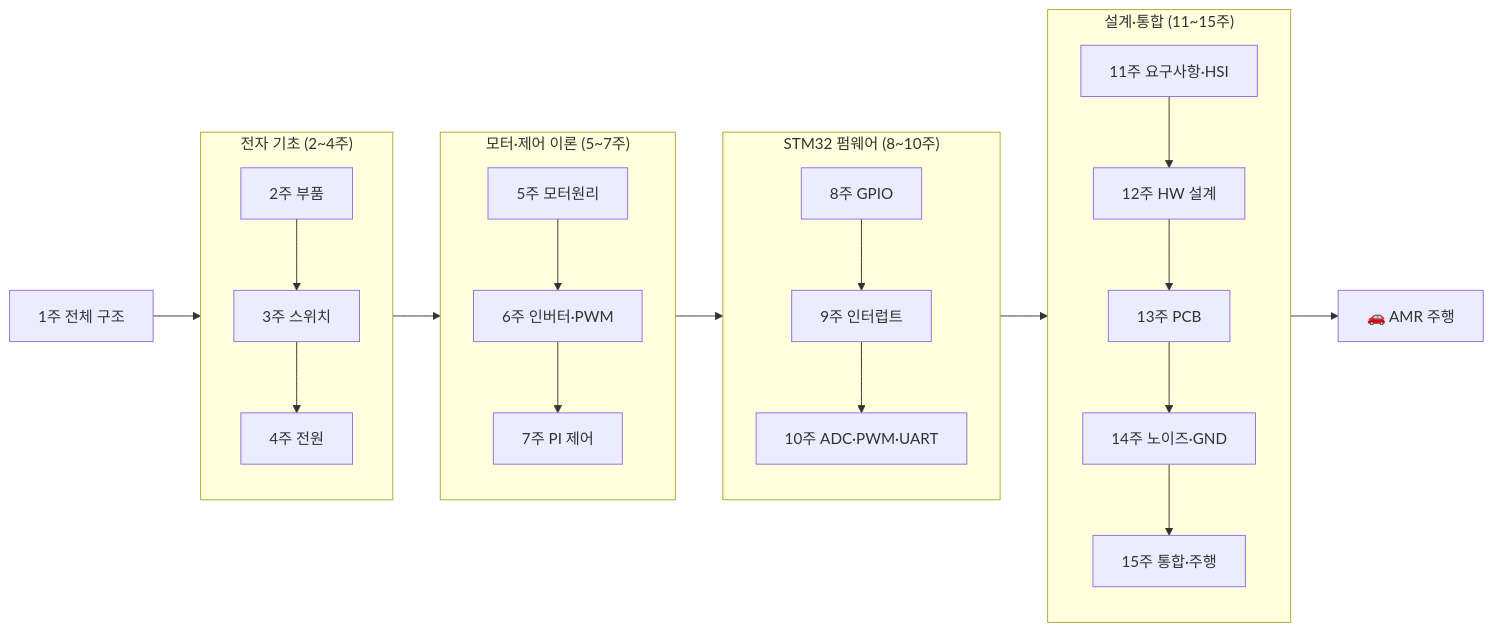
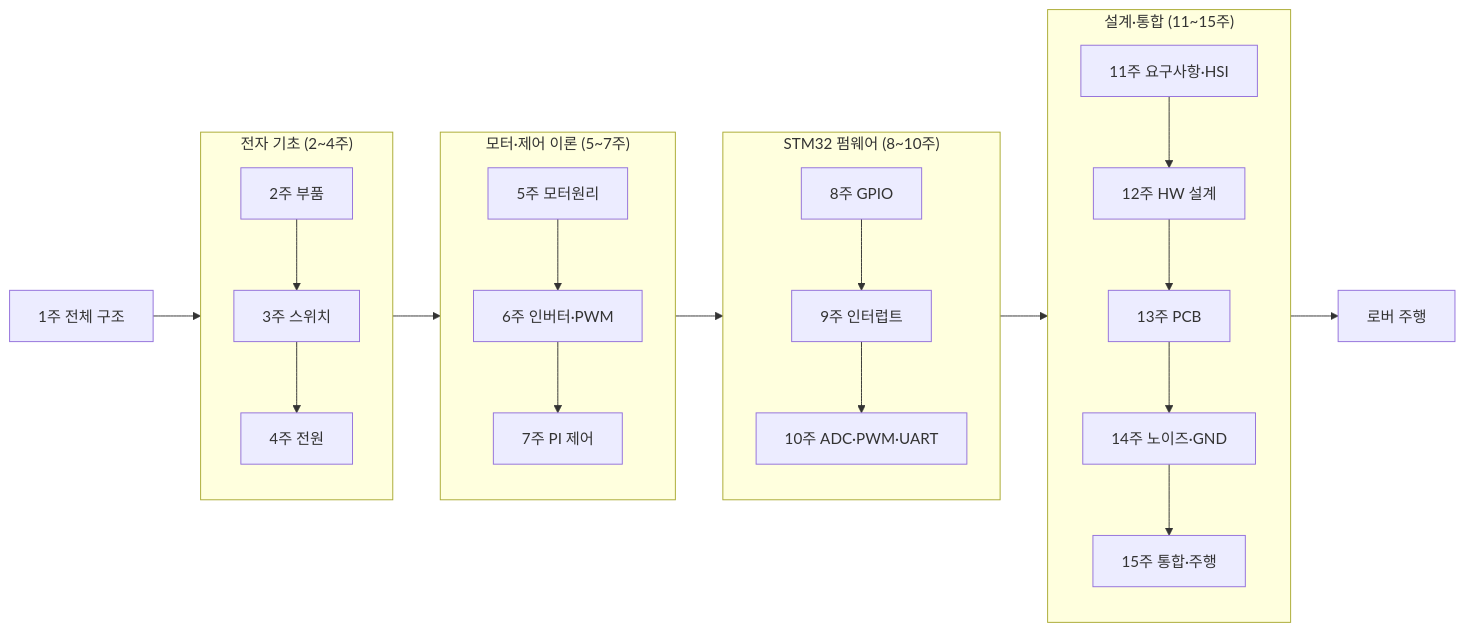
Before and after one commit to parclab-hsu/parclab-hsu.github.io: the diagram in courses-src/mobility-ecu-202602/docs/00-course-flow.md, drawn with Mermaid. The commit also changed other lines of this file and 26 other files, not shown here.

````diff
--- a/courses-src/mobility-ecu-202602/docs/00-course-flow.md
+++ b/courses-src/mobility-ecu-202602/docs/00-course-flow.md
@@ -7,16 +7,16 @@
 ```mermaid
 flowchart LR
     subgraph A["전자 기초 (2~4주)"]
         W2["2주 부품"] --> W3["3주 스위치"] --> W4["4주 전원"]
     end
     subgraph B["모터·제어 이론 (5~7주)"]
         W5["5주 모터원리"] --> W6["6주 인버터·PWM"] --> W7["7주 PI 제어"]
     end
     subgraph C["STM32 펌웨어 (8~10주)"]
         W8["8주 GPIO"] --> W9["9주 인터럽트"] --> W10["10주 ADC·PWM·UART"]
     end
     subgraph D["설계·통합 (11~15주)"]
         W11["11주 요구사항·HSI"] --> W12["12주 HW 설계"] --> W13["13주 PCB"] --> W14["14주 노이즈·GND"] --> W15["15주 통합·주행"]
     end
-    W1["1주 전체 구조"] --> A --> B --> C --> D --> GOAL["🚗 AMR 주행"]
+    W1["1주 전체 구조"] --> A --> B --> C --> D --> GOAL["로버 주행"]
 ```
````
